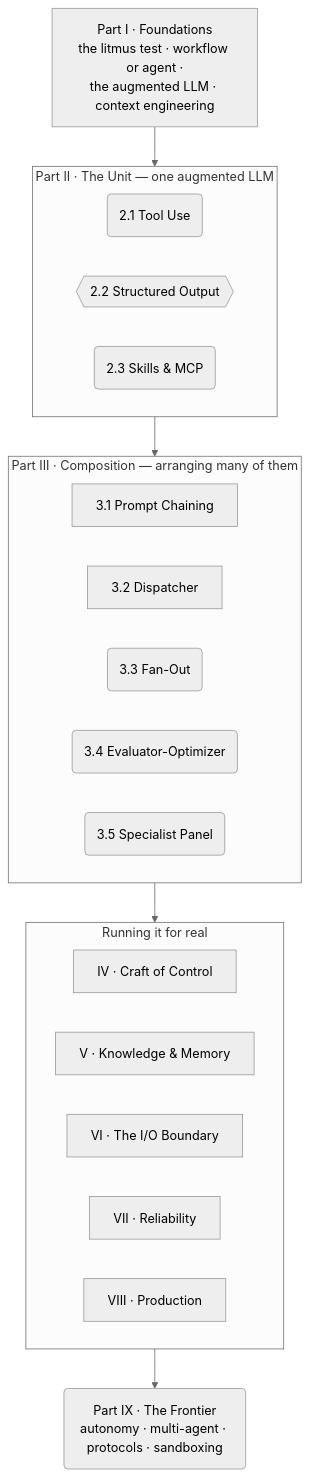
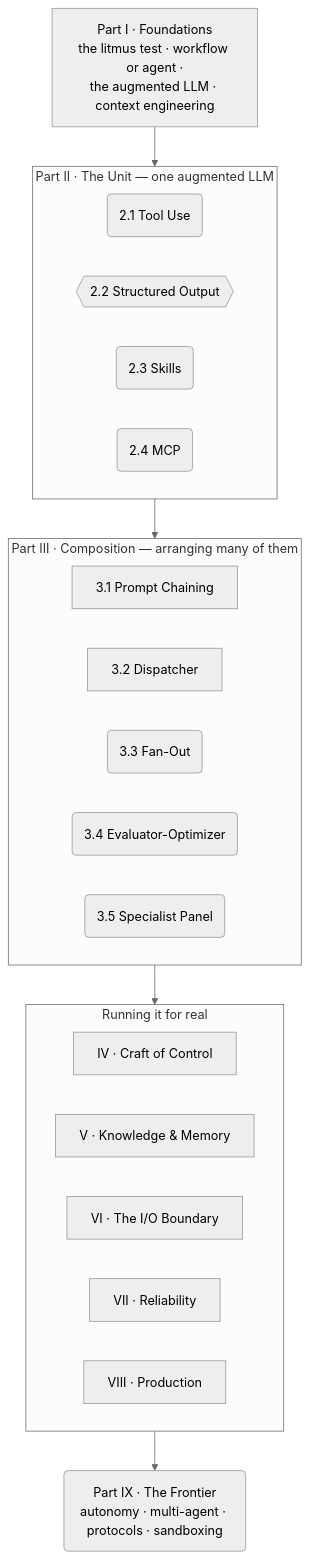
One commit to AbhiramDwivedi/agentic-engineering changed the diagram in docs/index.md. Above: the diagram before and after it, drawn with Mermaid (neutral theme). The commit also changed 9 other files, not shown here.

First line of the commit message:
Split Skills & MCP into two chapters (2.3 Skills, 2.4 MCP)

````diff
--- a/docs/index.md
+++ b/docs/index.md
@@ -51,36 +51,37 @@
 ```mermaid
 flowchart TB
     F["Part I · Foundations<br>the litmus test · workflow or agent ·<br>the augmented LLM · context engineering"]
 
     subgraph UNIT["Part II · The Unit — one augmented LLM"]
         direction LR
         TU("2.1 Tool Use")
         SO{{"2.2 Structured Output"}}
-        MCP("2.3 Skills & MCP")
+        SK("2.3 Skills")
+        MCP("2.4 MCP")
     end
 
     subgraph COMP["Part III · Composition — arranging many of them"]
         direction LR
         PC["3.1 Prompt Chaining"]
         RT["3.2 Dispatcher"]
         FO("3.3 Fan-Out")
         EO("3.4 Evaluator-Optimizer")
         SP("3.5 Specialist Panel")
     end
 
     subgraph OPS["Running it for real"]
         direction LR
         C["IV · Craft of Control"]
         K["V · Knowledge & Memory"]
         IO["VI · The I/O Boundary"]
         R["VII · Reliability"]
         P["VIII · Production"]
     end
 
     FR("Part IX · The Frontier<br>autonomy · multi-agent · protocols · sandboxing")
 
     F --> UNIT
     UNIT --> COMP
     COMP --> OPS
     OPS --> FR
 ```
````
